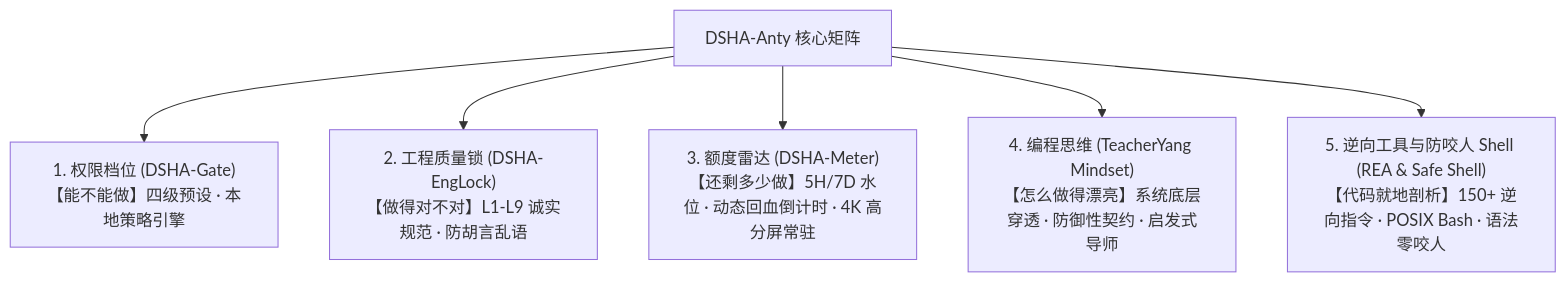
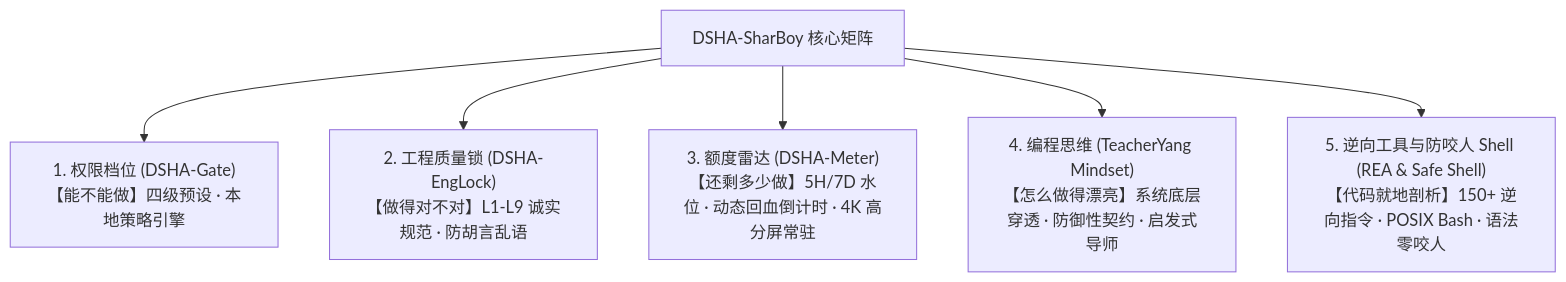
The diagram in README.md (yanyu03/DSHA-Anty), drawn with Mermaid before and after one commit. The commit also changed other lines of this file and 5 other files, not shown here.

Commit message:
feat(branding): rebrand to DSHA-SharBoy and package integration for ChatGPT desktop client

````diff
--- a/README.md
+++ b/README.md
@@ -10,8 +10,8 @@
 ```mermaid
 graph TD
-    Root["DSHA-Anty 核心矩阵"] --> Gate["1. 权限档位 (DSHA-Gate)<br>【能不能做】四级预设 · 本地策略引擎"]
+    Root["DSHA-SharBoy 核心矩阵"] --> Gate["1. 权限档位 (DSHA-Gate)<br>【能不能做】四级预设 · 本地策略引擎"]
     Root --> Lock["2. 工程质量锁 (DSHA-EngLock)<br>【做得对不对】L1-L9 诚实规范 · 防胡言乱语"]
     Root --> Meter["3. 额度雷达 (DSHA-Meter)<br>【还剩多少做】5H/7D 水位 · 动态回血倒计时 · 4K 高分屏常驻"]
     Root --> TY["4. 编程思维 (TeacherYang Mindset)<br>【怎么做得漂亮】系统底层穿透 · 防御性契约 · 启发式导师"]
     Root --> REA["5. 逆向工具与防咬人 Shell (REA & Safe Shell)<br>【代码就地剖析】150+ 逆向指令 · POSIX Bash · 语法零咬人"]
 ```
````
